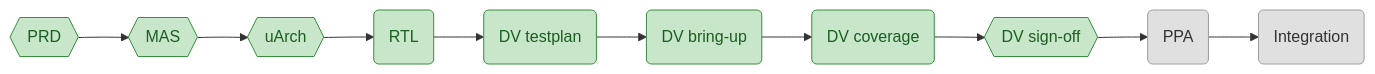
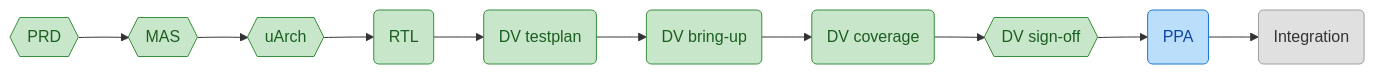
One commit to matanco64/HWSW_Project changed the first of 3 diagrams in hw/PROGRESS.md. Above: the diagram before and after it, drawn with Mermaid. The commit also changed other lines of this file and 6 other files, not shown here.

````diff
--- a/hw/PROGRESS.md
+++ b/hw/PROGRESS.md
@@ -10,21 +10,22 @@
 ```mermaid
 flowchart LR
     prd{{PRD}}
     mas{{MAS}}
     uarch{{uArch}}
     rtl(RTL)
     dv_testplan(DV testplan)
     dv_bringup(DV bring-up)
     dv_coverage(DV coverage)
     dv_signoff{{DV sign-off}}
     ppa(PPA)
     integration(Integration)
     prd --> mas --> uarch --> rtl --> dv_testplan --> dv_bringup --> dv_coverage --> dv_signoff --> ppa --> integration
     classDef todo fill:#e0e0e0,stroke:#9e9e9e,color:#333
     classDef in_progress fill:#bbdefb,stroke:#1976d2,color:#0d47a1
     classDef review fill:#ffe0b2,stroke:#f57c00,color:#e65100
     classDef done fill:#c8e6c9,stroke:#388e3c,color:#1b5e20
     classDef blocked fill:#ffcdd2,stroke:#d32f2f,color:#b71c1c
-    class ppa,integration todo
+    class integration todo
+    class ppa in_progress
     class prd,mas,uarch,rtl,dv_testplan,dv_bringup,dv_coverage,dv_signoff done
 ```
````
